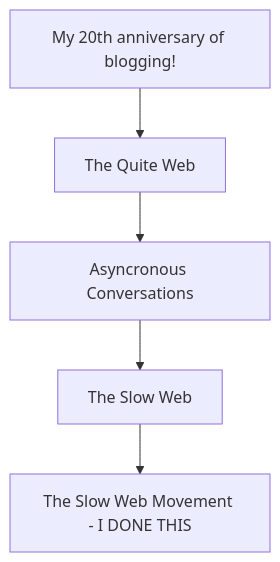
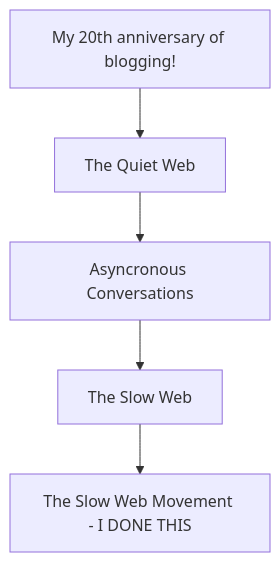
The diagram in _src/posts/down-the-slow-web-rabbit-hole.md (lqdev/luisquintanilla.me), drawn with Mermaid before and after one commit.

````diff
--- a/_src/posts/down-the-slow-web-rabbit-hole.md
+++ b/_src/posts/down-the-slow-web-rabbit-hole.md
@@ -11,12 +11,12 @@
 ```mermaid
 flowchart TD
-  A["My 20th anniversary of blogging!"] --> B["The Quite Web"]
+  A["My 20th anniversary of blogging!"] --> B["The Quiet Web"]
   B --> C["Asyncronous Conversations"]
   C --> D["The Slow Web"]
   D --> E["The Slow Web Movement - I DONE THIS"]
   click A href "https://tracydurnell.com/2023/09/23/my-20th-anniversary-of-blogging/" "My 20th anniversary of blogging!"
   click B href "https://briankoberlein.com/tech/quiet-web/" "The Quiet Web"
   click C href "https://manuelmoreale.com/asynchronous-conversations" "Asyncronous Conversations"
   click D href "https://www.jackcheng.com/the-slow-web/" "The Slow Web"
   click E href "https://blog.idonethis.com/the-slow-web-movement/?ref=jackcheng.com" "The Slow Web Movement - I DONE THIS"
 ```
````
